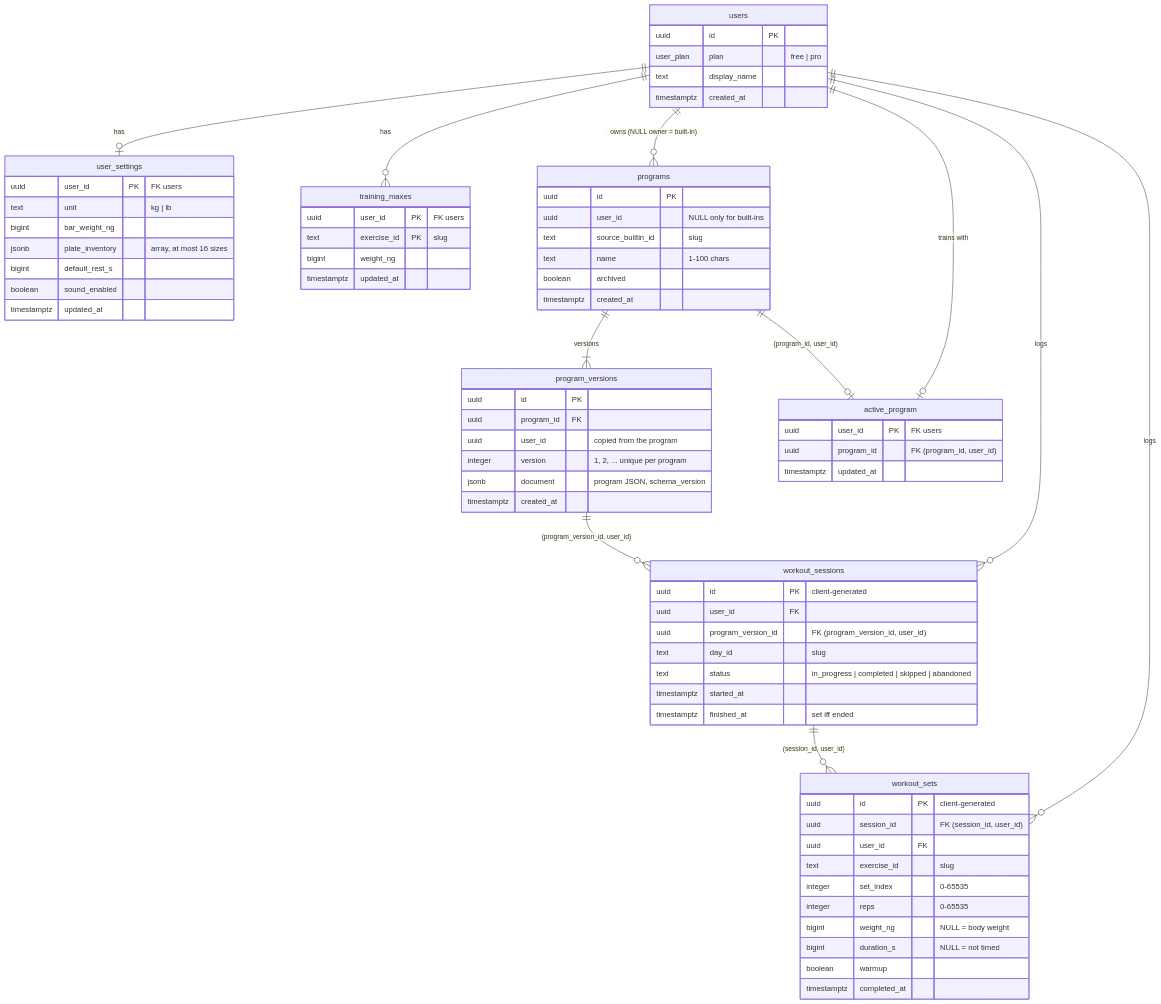
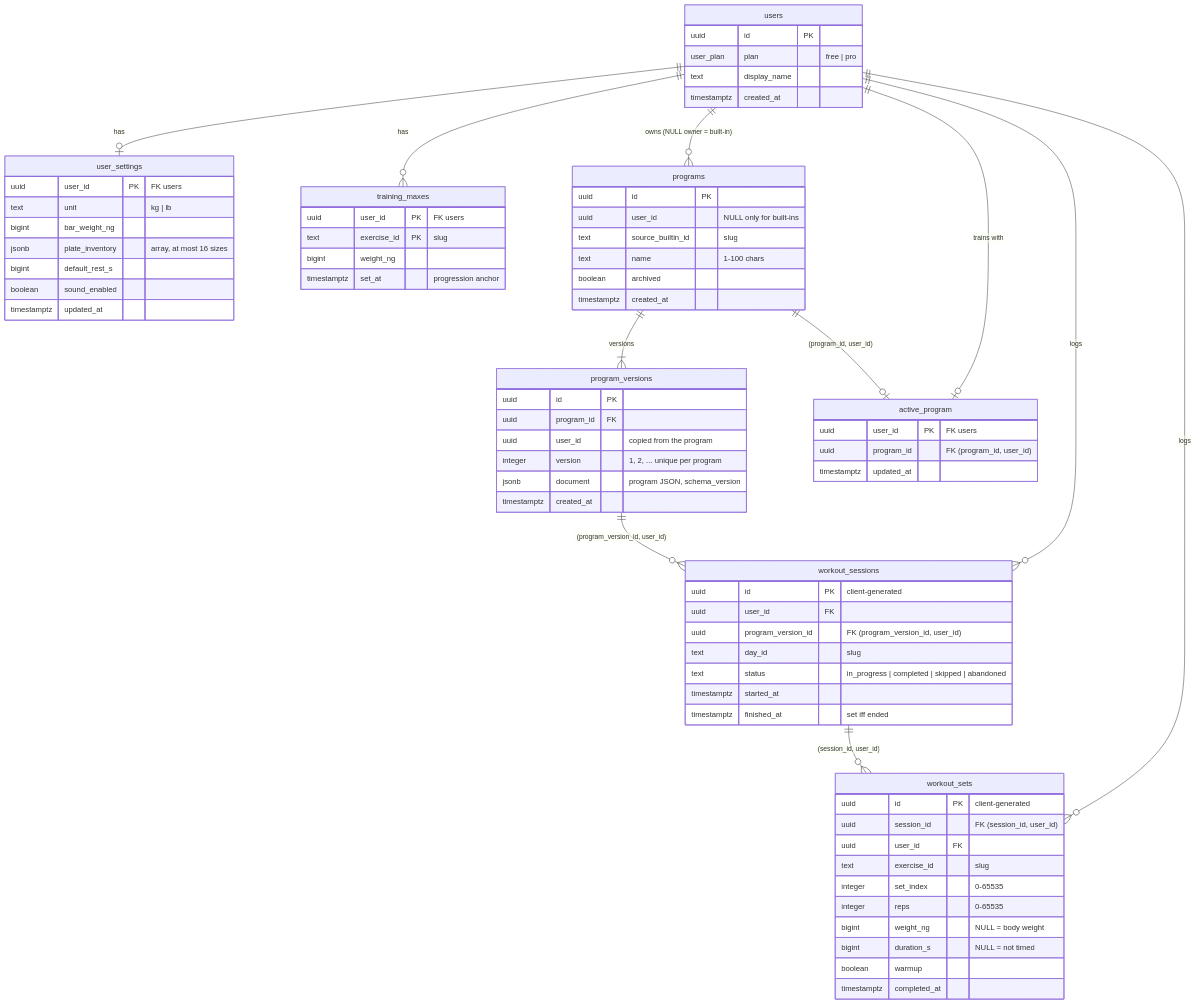
Before and after one commit to fe2o3-labs/Iron-Oxide: the diagram in docs/database.md, drawn with Mermaid. The commit also changed other lines of this file and 6 other files, not shown here.

Commit message:
Refresh the sqlx query data; document the training max anchor and the progression history query

````diff
--- a/docs/database.md
+++ b/docs/database.md
@@ -14,77 +14,77 @@
 ```mermaid
 erDiagram
     users ||--o| user_settings : "has"
     users ||--o{ training_maxes : "has"
     users ||--o{ programs : "owns (NULL owner = built-in)"
     programs ||--|{ program_versions : "versions"
     users ||--o| active_program : "trains with"
     programs ||--o| active_program : "(program_id, user_id)"
     users ||--o{ workout_sessions : "logs"
     program_versions ||--o{ workout_sessions : "(program_version_id, user_id)"
     users ||--o{ workout_sets : "logs"
     workout_sessions ||--o{ workout_sets : "(session_id, user_id)"
 
     users {
         uuid id PK
         user_plan plan "free | pro"
         text display_name
         timestamptz created_at
     }
     user_settings {
         uuid user_id PK "FK users"
         text unit "kg | lb"
         bigint bar_weight_ng
         jsonb plate_inventory "array, at most 16 sizes"
         bigint default_rest_s
         boolean sound_enabled
         timestamptz updated_at
     }
     training_maxes {
         uuid user_id PK "FK users"
         text exercise_id PK "slug"
         bigint weight_ng
-        timestamptz updated_at
+        timestamptz set_at "progression anchor"
     }
     programs {
         uuid id PK
         uuid user_id "NULL only for built-ins"
         text source_builtin_id "slug"
         text name "1-100 chars"
         boolean archived
         timestamptz created_at
     }
     program_versions {
         uuid id PK
         uuid program_id FK
         uuid user_id "copied from the program"
         integer version "1, 2, ... unique per program"
         jsonb document "program JSON, schema_version"
         timestamptz created_at
     }
     active_program {
         uuid user_id PK "FK users"
         uuid program_id "FK (program_id, user_id)"
         timestamptz updated_at
     }
     workout_sessions {
         uuid id PK "client-generated"
         uuid user_id FK
         uuid program_version_id "FK (program_version_id, user_id)"
         text day_id "slug"
         text status "in_progress | completed | skipped | abandoned"
         timestamptz started_at
         timestamptz finished_at "set iff ended"
     }
     workout_sets {
         uuid id PK "client-generated"
         uuid session_id "FK (session_id, user_id)"
         uuid user_id FK
         text exercise_id "slug"
         integer set_index "0-65535"
         integer reps "0-65535"
         bigint weight_ng "NULL = body weight"
         bigint duration_s "NULL = not timed"
         boolean warmup
         timestamptz completed_at
     }
 ```
````
